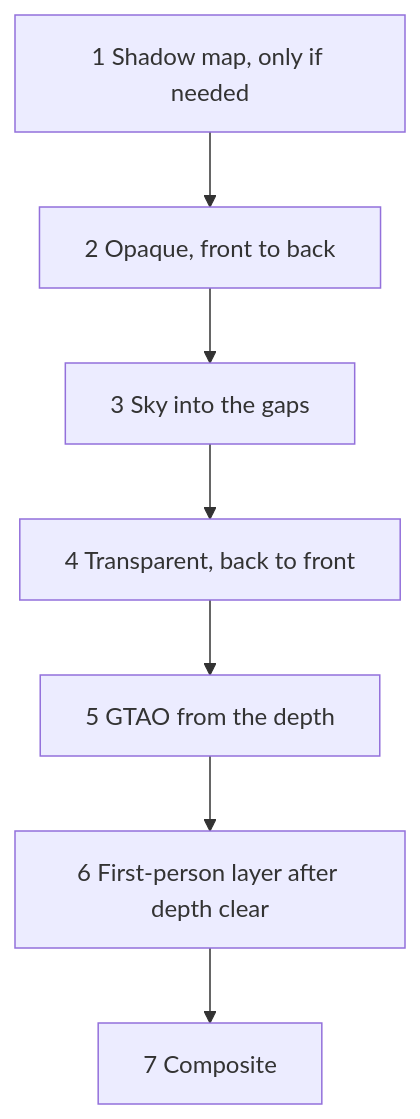
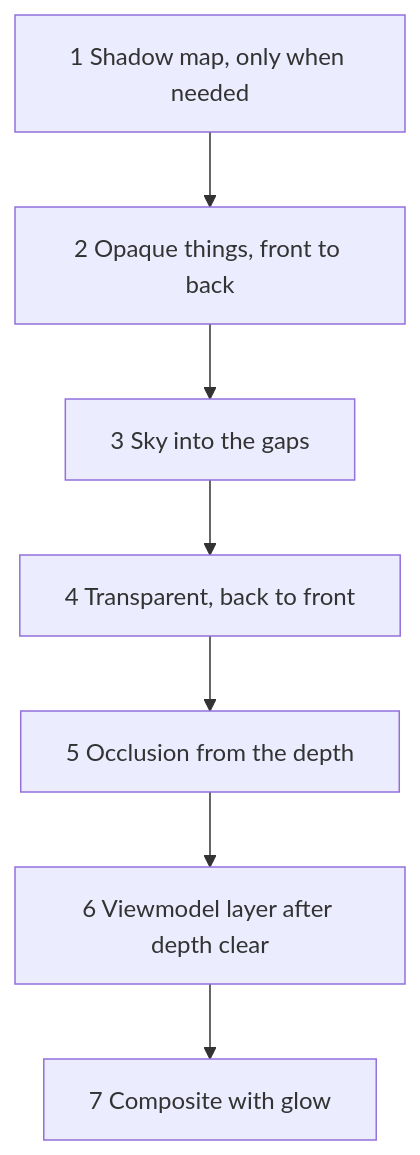
Before and after one commit to ChristianHohlfeld/kernengine.de: the third of 3 diagrams in kern/docs/book-yellow/B-rendering.md, drawn with Mermaid. The commit also changed other lines of this file and 22 other files, not shown here.

````diff
--- a/kern/docs/book-yellow/B-rendering.md
+++ b/kern/docs/book-yellow/B-rendering.md
@@ -446,10 +670,11 @@
 ```mermaid
+%% Caption: The order in which Kern draws a frame
 flowchart TD
-  A["1 Shadow map, only if needed"]
-  A --> B["2 Opaque, front to back"]
+  A["1 Shadow map, only when needed"]
+  A --> B["2 Opaque things, front to back"]
   B --> C["3 Sky into the gaps"]
   C --> D["4 Transparent, back to front"]
-  D --> E["5 GTAO from the depth"]
-  E --> F["6 First-person layer after depth clear"]
-  F --> G["7 Composite"]
+  D --> E["5 Occlusion from the depth"]
+  E --> F["6 Viewmodel layer after depth clear"]
+  F --> G["7 Composite with glow"]
 ```
````
